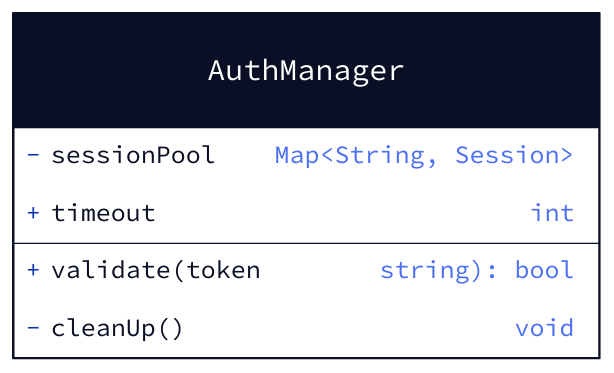
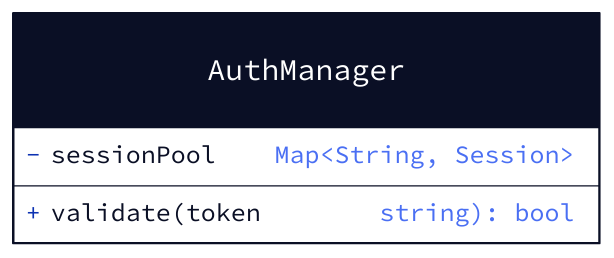
One commit to linqibin0826/patra changed the fourth of 6 diagrams in patra-api/docs/.claude/memories/d2.md. Above: the diagram before and after it, drawn with D2. The commit also changed other lines of this file and 5 other files, not shown here.

````diff
--- a/patra-api/docs/.claude/memories/d2.md
+++ b/patra-api/docs/.claude/memories/d2.md
@@ -314,14 +93,7 @@
 ```d2
 AuthManager: {
   shape: class
-
-  # 属性
   -sessionPool: Map<String, Session>
-  +timeout: int
-
-  # 方法
   +validate(token: string): bool
-  -cleanUp(): void
-  #notifyObservers(): void
 }
 ```
````
